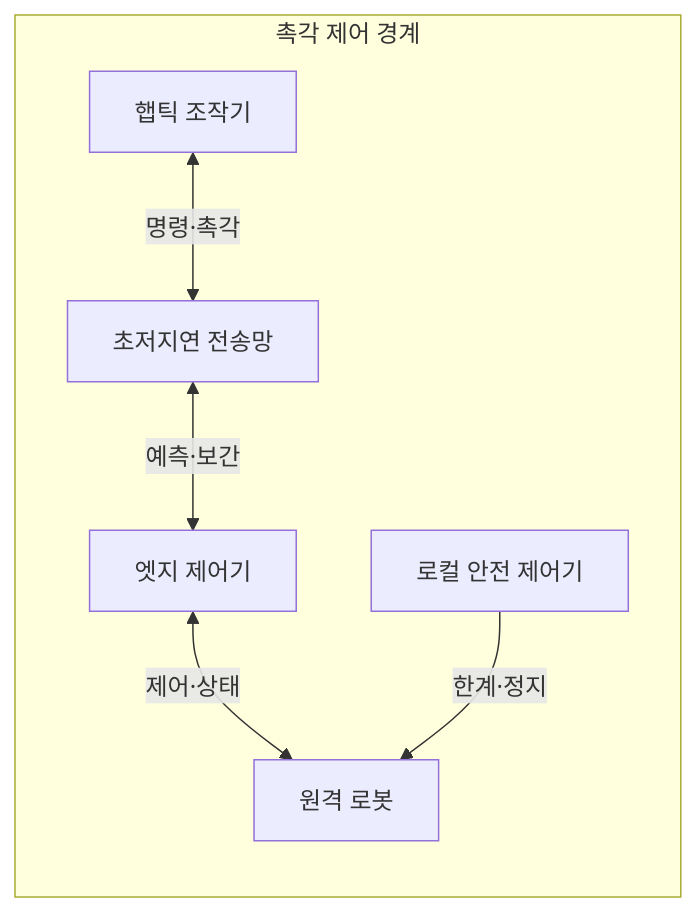
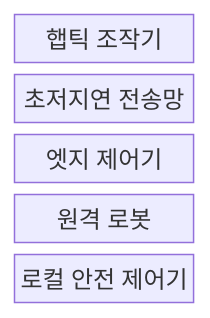
The first of 2 diagrams in src/content/docs/notes/04-network/085_tactile_internet.md (agnusdei1207/knowledge-base), drawn with Mermaid before and after one commit. The commit also changed other lines of this file and 11 other files, not shown here.

````diff
--- a/src/content/docs/notes/04-network/085_tactile_internet.md
+++ b/src/content/docs/notes/04-network/085_tactile_internet.md
@@ -52,9 +52,9 @@
 ```mermaid
-flowchart LR
-    subgraph T[촉각 제어 경계]
-        A["햅틱 조작기"] <-->|명령·촉각| B["초저지연 전송망"]
-        B <-->|예측·보간| C["엣지 제어기"]
-        C <-->|제어·상태| D["원격 로봇"]
-        E["로컬 안전 제어기"] -->|한계·정지| D
-    end
+block-beta
+    columns 1
+    HAPTIC["햅틱 조작기"]
+    NETWORK["초저지연 전송망"]
+    EDGE["엣지 제어기"]
+    ROBOT["원격 로봇"]
+    SAFETY["로컬 안전 제어기"]
 ```
````
